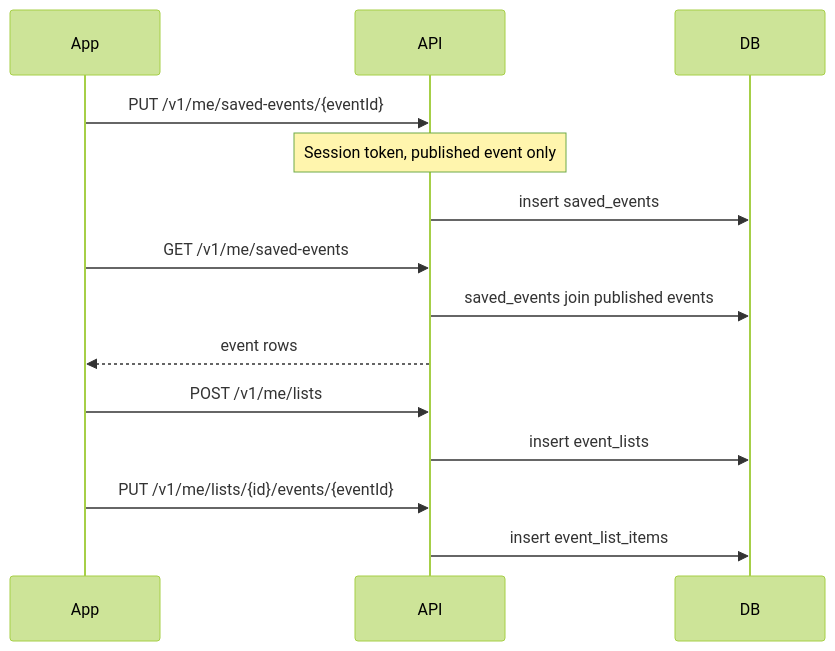
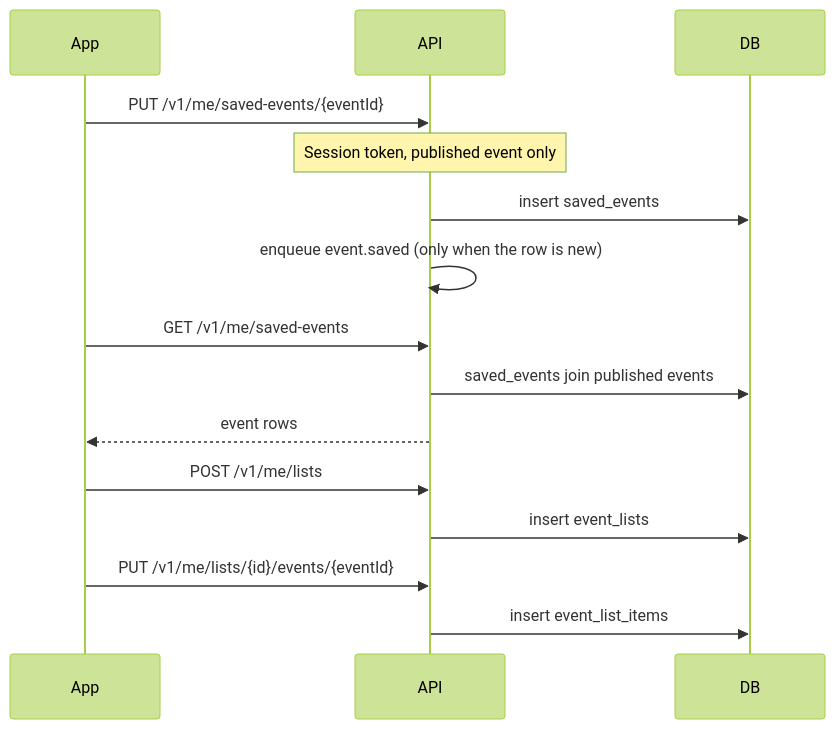
The diagram in docs/flows/saved-events.md (BradleySmallbottoms/evently), drawn with Mermaid (forest theme) before and after one commit. The commit also changed 90 other files, not shown here.

````diff
--- a/docs/flows/saved-events.md
+++ b/docs/flows/saved-events.md
@@ -5,16 +5,17 @@
 ```mermaid
 sequenceDiagram
   participant App
   participant API
   participant DB
   App->>API: PUT /v1/me/saved-events/{eventId}
   Note over API: Session token, published event only
   API->>DB: insert saved_events
+  API->>API: enqueue event.saved (only when the row is new)
   App->>API: GET /v1/me/saved-events
   API->>DB: saved_events join published events
   API-->>App: event rows
   App->>API: POST /v1/me/lists
   API->>DB: insert event_lists
   App->>API: PUT /v1/me/lists/{id}/events/{eventId}
   API->>DB: insert event_list_items
 ```
````
